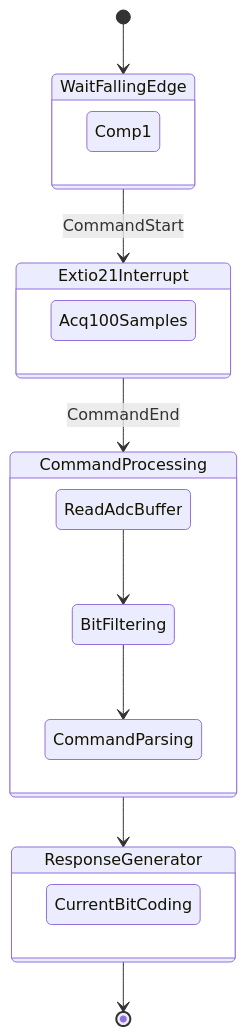
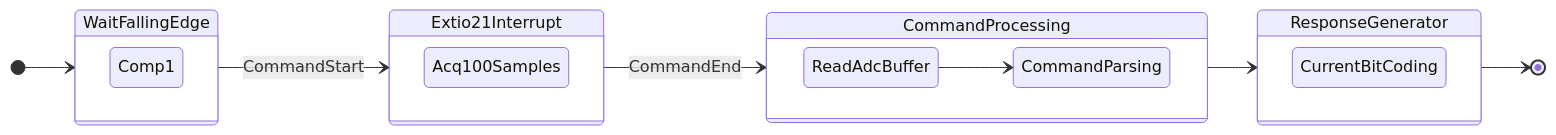
Before and after one commit to sdyspb/dsi3-slave-simulator: the diagram in README.md, drawn with Mermaid.

Commit message:
Revise state diagram and command processing steps
Updated state diagram and command processing flow in README.

````diff
--- a/README.md
+++ b/README.md
@@ -62,27 +62,28 @@
 ```mermaid
 stateDiagram-v2
+direction LR
     [*] --> WaitFallingEdge
     
     state WaitFallingEdge {
         Comp1
     }
     
     state Extio21Interrupt {
         Acq100Samples
     }
   
     state CommandProcessing {
-        ReadAdcBuffer --> BitFiltering
-        BitFiltering --> CommandParsing
+    direction LR
+        ReadAdcBuffer --> CommandParsing
     }
     
     state ResponseGenerator {
         CurrentBitCoding
     }
     
     WaitFallingEdge --> Extio21Interrupt: CommandStart
     Extio21Interrupt --> CommandProcessing: CommandEnd
     CommandProcessing --> ResponseGenerator
     
     ResponseGenerator --> [*]
 ```
````
